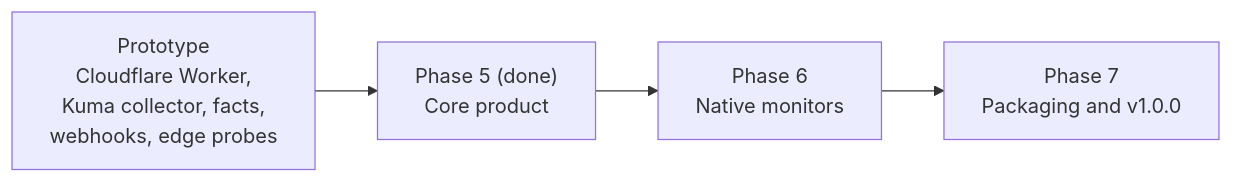
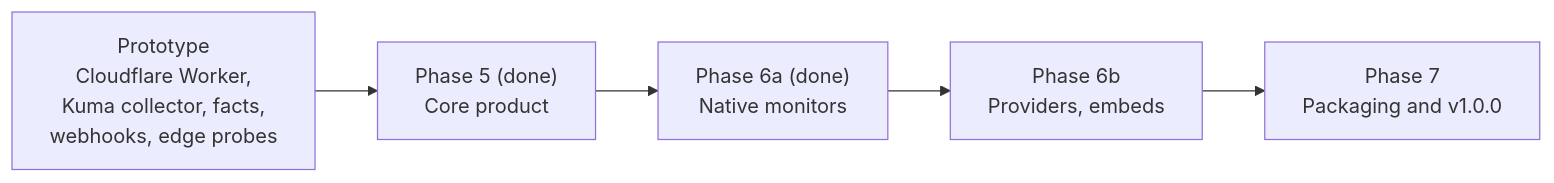
The diagram in docs/roadmap.md (bts-io/uptellis), drawn with Mermaid before and after one commit. The commit also changed other lines of this file and 4 other files, not shown here.

Commit message:
docs: monitors, agents, confirmation and maintenance; roadmap and architecture for 6a

````diff
--- a/docs/roadmap.md
+++ b/docs/roadmap.md
@@ -7,6 +7,7 @@
 ```mermaid
 flowchart LR
   now["Prototype<br/>Cloudflare Worker,<br/>Kuma collector, facts,<br/>webhooks, edge probes"] --> p5["Phase 5 (done)<br/>Core product"]
-  p5 --> p6["Phase 6<br/>Native monitors"]
-  p6 --> p7["Phase 7<br/>Packaging and v1.0.0"]
+  p5 --> p6a["Phase 6a (done)<br/>Native monitors"]
+  p6a --> p6b["Phase 6b<br/>Providers, embeds"]
+  p6b --> p7["Phase 7<br/>Packaging and v1.0.0"]
 ```
````
